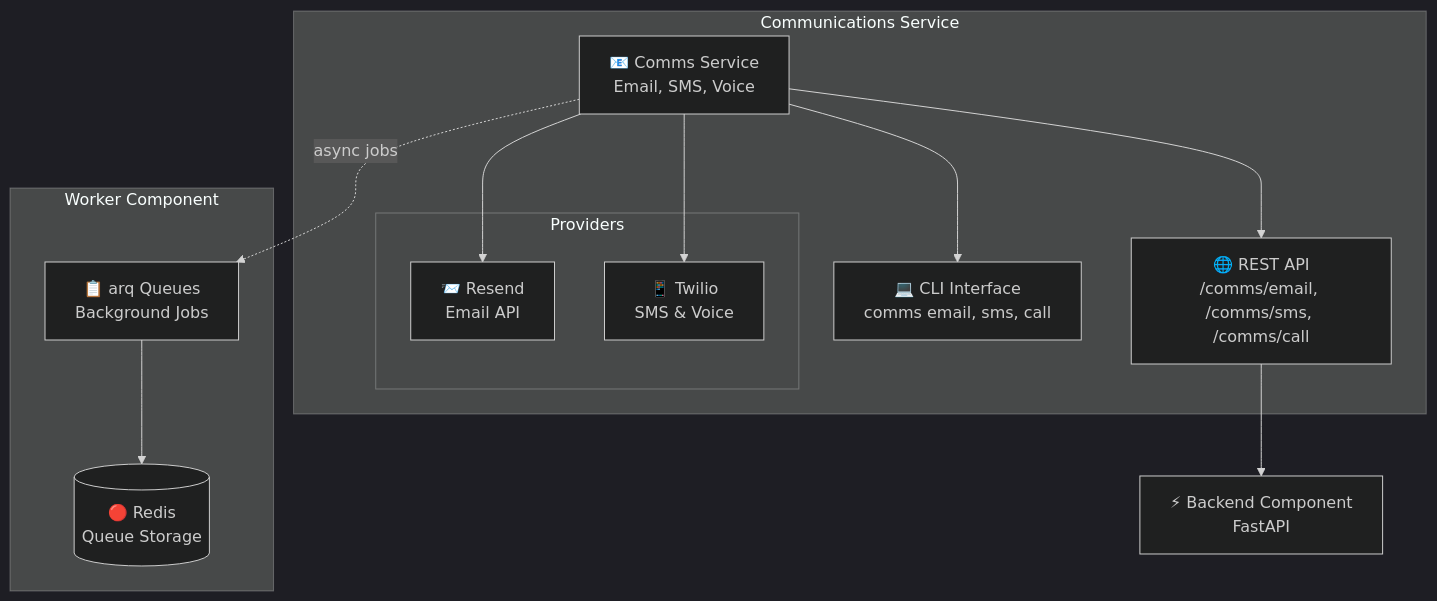
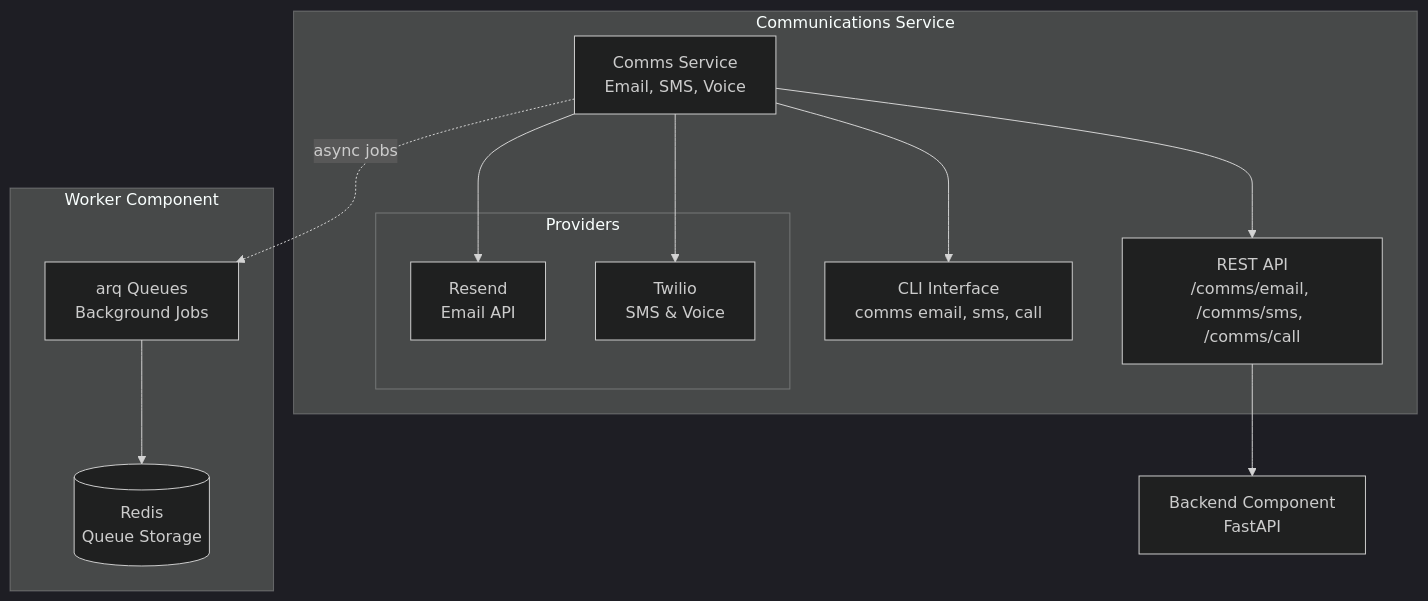
The diagram in docs/services/comms/index.md (lbedner/aegis-stack), drawn with Mermaid (dark theme) before and after one commit. The commit also changed 22 other files, not shown here.

````diff
--- a/docs/services/comms/index.md
+++ b/docs/services/comms/index.md
@@ -30,30 +30,30 @@
 ```mermaid
 graph TB
     subgraph "Communications Service"
-        CommsService["📧 Comms Service<br/>Email, SMS, Voice"]
+        CommsService["Comms Service<br/>Email, SMS, Voice"]
 
-        CLI["💻 CLI Interface<br/>comms email, sms, call"]
-        API["🌐 REST API<br/>/comms/email, /comms/sms, /comms/call"]
+        CLI["CLI Interface<br/>comms email, sms, call"]
+        API["REST API<br/>/comms/email, /comms/sms, /comms/call"]
 
         subgraph "Providers"
-            Resend["📨 Resend<br/>Email API"]
-            Twilio["📱 Twilio<br/>SMS & Voice"]
+            Resend["Resend<br/>Email API"]
+            Twilio["Twilio<br/>SMS & Voice"]
         end
     end
 
-    Backend["⚡ Backend Component<br/>FastAPI"]
+    Backend["Backend Component<br/>FastAPI"]
 
     subgraph "Worker Component"
-        ArqQueues["📋 arq Queues<br/>Background Jobs"]
-        Redis[("🔴 Redis<br/>Queue Storage")]
+        ArqQueues["arq Queues<br/>Background Jobs"]
+        Redis[("Redis<br/>Queue Storage")]
     end
 
     CommsService --> CLI
     CommsService --> API
     CommsService --> Resend
     CommsService --> Twilio
     API --> Backend
     CommsService -.->|async jobs| ArqQueues
     ArqQueues --> Redis
 
 ```
````
